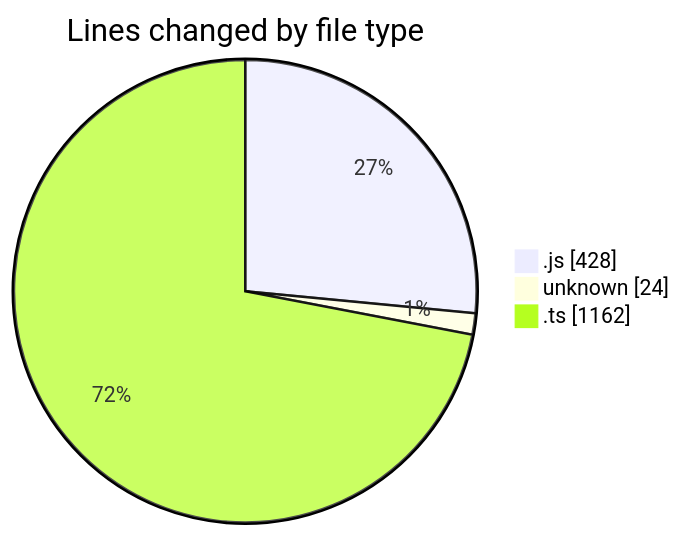
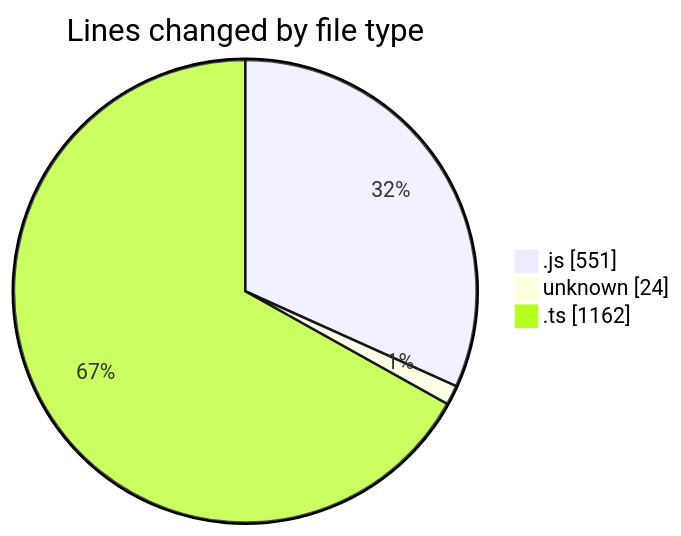
The first of 2 diagrams in 2025-02-05/cda/README.md (momahboobian/code-tracking), drawn with Mermaid before and after one commit. The commit also changed other lines of this file and 1 other file, not shown here.

````diff
--- a/2025-02-05/cda/README.md
+++ b/2025-02-05/cda/README.md
@@ -32,7 +32,7 @@
 ```mermaid
 pie showData
 title Lines changed by file type
-".js" : 428
+".js" : 551
 "unknown" : 24
 ".ts" : 1162
 ```
````
